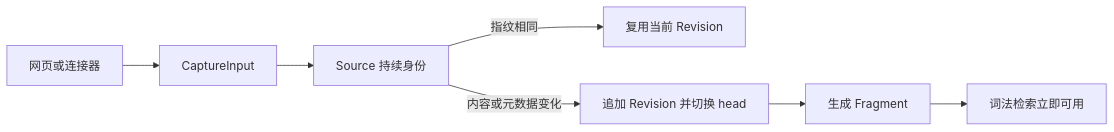
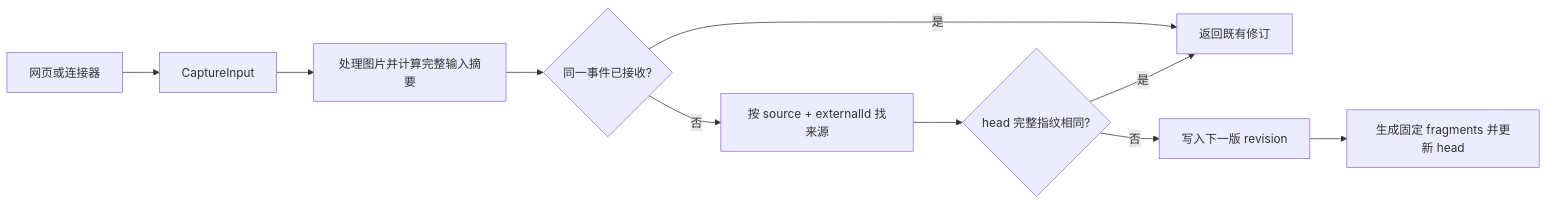
The diagram in .repo-review/knowledge/articles/08e8de8e7788195db049c6fb0184ebc7888d9ec16a991ed19523deb074181035.md (lejunyang/omem), drawn with Mermaid before and after one commit. The commit also changed other lines of this file and 2 other files, not shown here.

````diff
--- a/.repo-review/knowledge/articles/08e8de8e7788195db049c6fb0184ebc7888d9ec16a991ed19523deb074181035.md
+++ b/.repo-review/knowledge/articles/08e8de8e7788195db049c6fb0184ebc7888d9ec16a991ed19523deb074181035.md
@@ -40,9 +29,12 @@
 ```mermaid
 flowchart LR
   A[网页或连接器] --> B[CaptureInput]
-  B --> C[Source 持续身份]
-  C -->|指纹相同| D[复用当前 Revision]
-  C -->|内容或元数据变化| E[追加 Revision 并切换 head]
-  E --> F[生成 Fragment]
-  F --> G[词法检索立即可用]
+  B --> C[处理图片并计算完整输入摘要]
+  C --> D{同一事件已接收?}
+  D -- 是 --> E[返回既有修订]
+  D -- 否 --> F[按 source + externalId 找来源]
+  F --> G{head 完整指纹相同?}
+  G -- 是 --> E
+  G -- 否 --> H[写入下一版 revision]
+  H --> I[生成固定 fragments 并更新 head]
 ```
````
